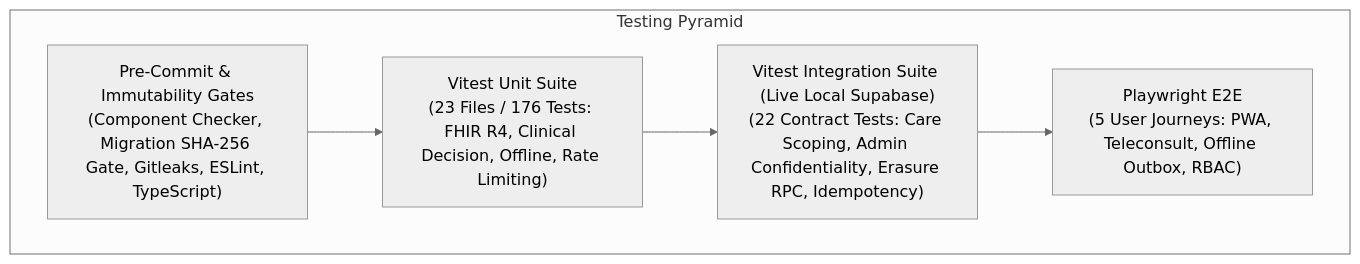
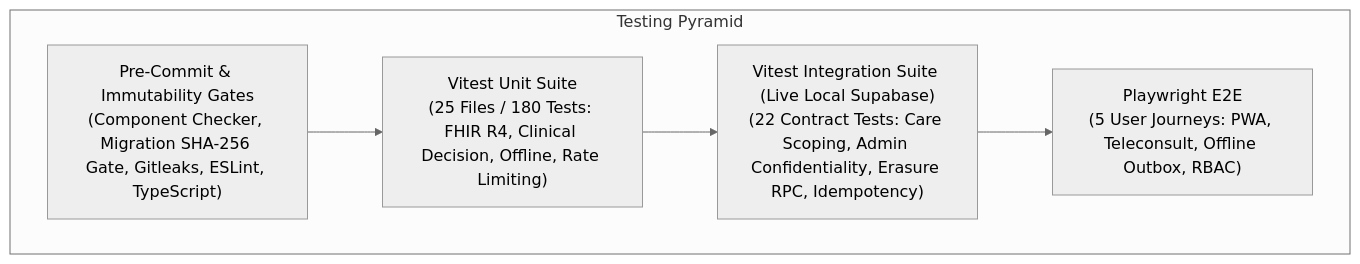
The diagram in docs/TESTING.md (Arnavshukla09/RURAL-HEALTHCARE-PLATFORM), drawn with Mermaid (neutral theme) before and after one commit. The commit also changed other lines of this file and 1 other file, not shown here.

Commit message:
docs: enhance README with problem context, architectural rationale, and verified test counts

````diff
--- a/docs/TESTING.md
+++ b/docs/TESTING.md
@@ -11,13 +11,13 @@
 ```mermaid
 flowchart TD
     subgraph TestingPyramid["Testing Pyramid"]
         E2E["Playwright E2E\n(5 User Journeys: PWA, Teleconsult, Offline Outbox, RBAC)"]
         Integration["Vitest Integration Suite (Live Local Supabase)\n(22 Contract Tests: Care Scoping, Admin Confidentiality, Erasure RPC, Idempotency)"]
-        Unit["Vitest Unit Suite\n(23 Files / 176 Tests: FHIR R4, Clinical Decision, Offline, Rate Limiting)"]
+        Unit["Vitest Unit Suite\n(25 Files / 180 Tests: FHIR R4, Clinical Decision, Offline, Rate Limiting)"]
         Static["Pre-Commit & Immutability Gates\n(Component Checker, Migration SHA-256 Gate, Gitleaks, ESLint, TypeScript)"]
     end
 
     Static --> Unit
     Unit --> Integration
     Integration --> E2E
 ```
````
